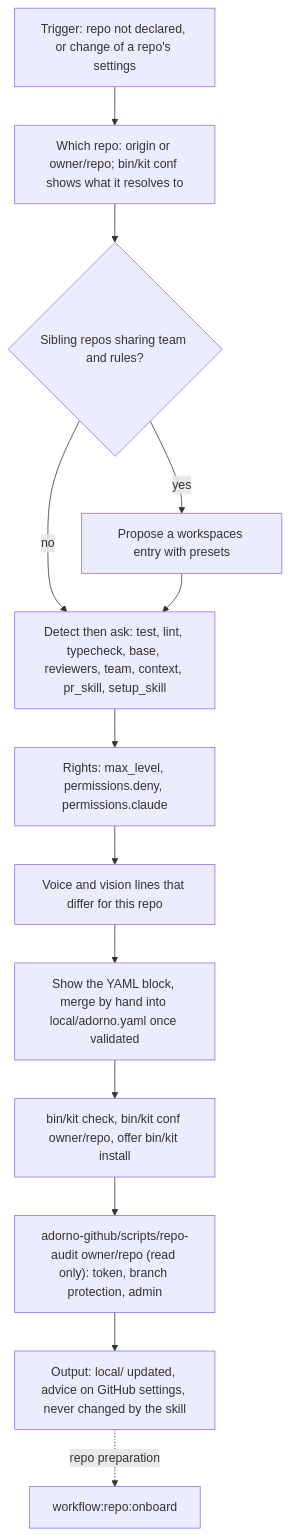
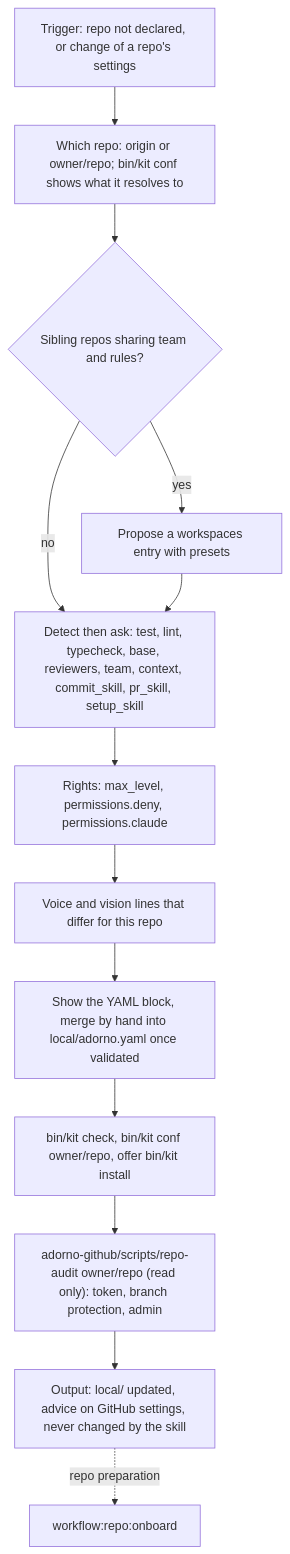
Before and after one commit to nicolasmondain/adorno: the second of 2 diagrams in src/skills/adorno-setup/SCHEMA.md, drawn with Mermaid. The commit also changed 142 other files, not shown here.

````diff
--- a/src/skills/adorno-setup/SCHEMA.md
+++ b/src/skills/adorno-setup/SCHEMA.md
@@ -30,15 +30,15 @@
 ```mermaid
 flowchart TD
   T["Trigger: repo not declared, or change of a repo's settings"] --> WH["Which repo: origin or owner/repo; bin/kit conf shows what it resolves to"]
   WH --> WS{"Sibling repos sharing team and rules?"}
   WS -->|"yes"| WK["Propose a workspaces entry with presets"]
   WS -->|"no"| DT
-  WK --> DT["Detect then ask: test, lint, typecheck, base, reviewers, team, context, pr_skill, setup_skill"]
+  WK --> DT["Detect then ask: test, lint, typecheck, base, reviewers, team, context, commit_skill, pr_skill, setup_skill"]
   DT --> RG["Rights: max_level, permissions.deny, permissions.claude"]
   RG --> VO["Voice and vision lines that differ for this repo"]
   VO --> SH["Show the YAML block, merge by hand into local/adorno.yaml once validated"]
   SH --> AP["bin/kit check, bin/kit conf owner/repo, offer bin/kit install"]
   AP --> AU["adorno-github/scripts/repo-audit owner/repo (read only): token, branch protection, admin"]
   AU --> OUT["Output: local/ updated, advice on GitHub settings, never changed by the skill"]
   OUT -.->|"repo preparation"| ON["workflow:repo:onboard"]
 ```
````
